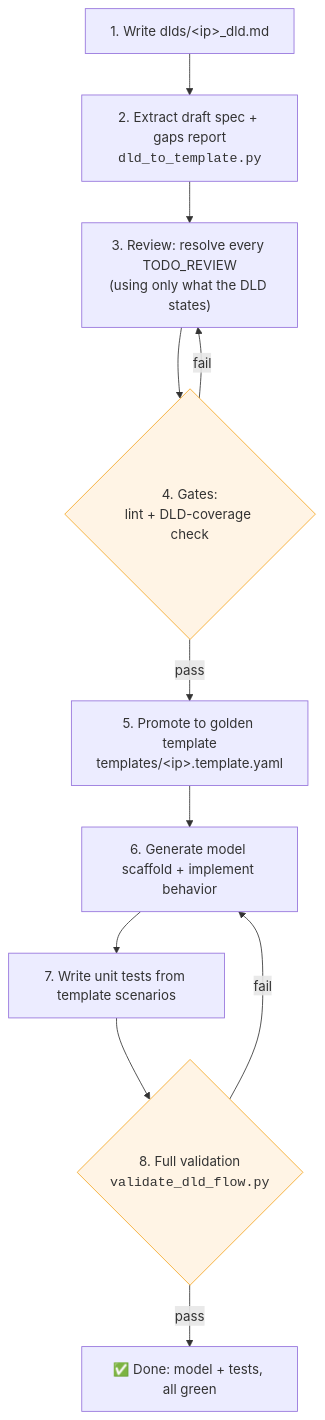
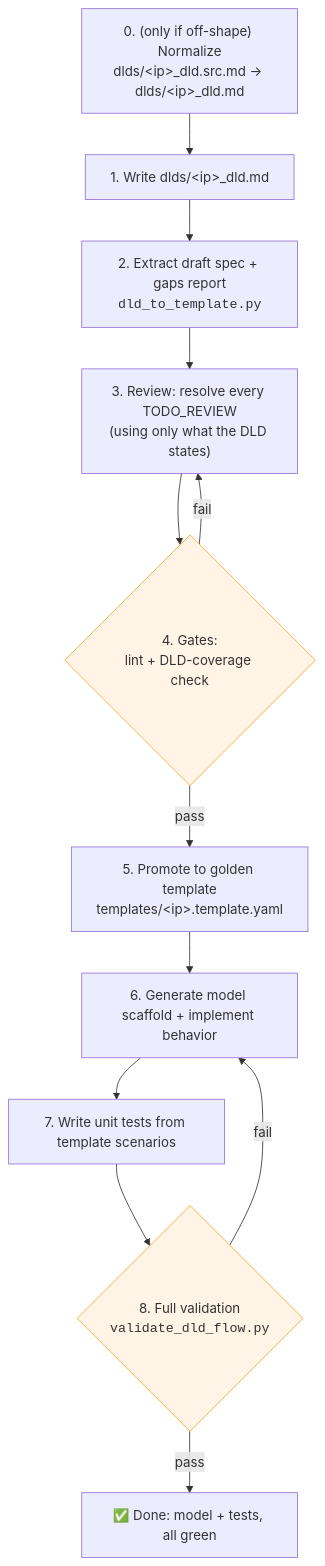
The first of 9 diagrams in docs/project_overview.md (kushkumar16/ip_model_automation), drawn with Mermaid before and after one commit. The commit also changed other lines of this file and 8 other files, not shown here.

First line of the commit message:
Sync the docs and diagrams with the normalization stage

````diff
--- a/docs/project_overview.md
+++ b/docs/project_overview.md
@@ -116,16 +123,17 @@
 ```mermaid
 flowchart TD
+    A0["0. (only if off-shape) Normalize<br/>dlds/&lt;ip&gt;_dld.src.md → dlds/&lt;ip&gt;_dld.md"] --> A
     A["1. Write dlds/&lt;ip&gt;_dld.md"] --> B["2. Extract draft spec + gaps report<br/><code>dld_to_template.py</code>"]
     B --> C["3. Review: resolve every TODO_REVIEW<br/>(using only what the DLD states)"]
     C --> D{"4. Gates:<br/>lint + DLD-coverage check"}
     D -->|fail| C
     D -->|pass| E["5. Promote to golden template<br/>templates/&lt;ip&gt;.template.yaml"]
     E --> F["6. Generate model scaffold + implement behavior"]
     F --> G["7. Write unit tests from template scenarios"]
     G --> H{"8. Full validation<br/><code>validate_dld_flow.py</code>"}
     H -->|fail| F
     H -->|pass| I["✅ Done: model + tests, all green"]
 
     classDef gate fill:#fff4e5,stroke:#f5a623;
     class D,H gate;
 ```
````
